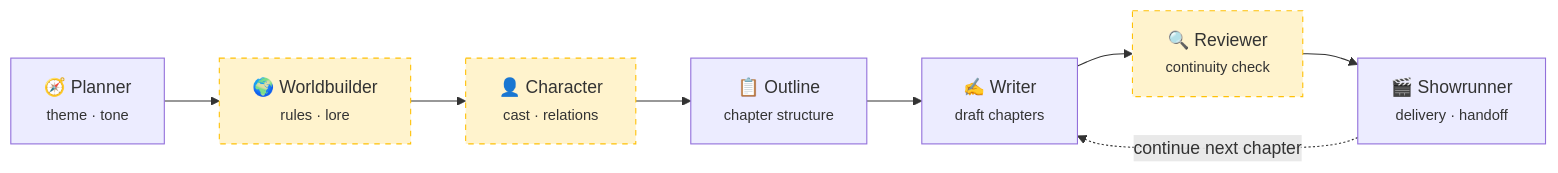
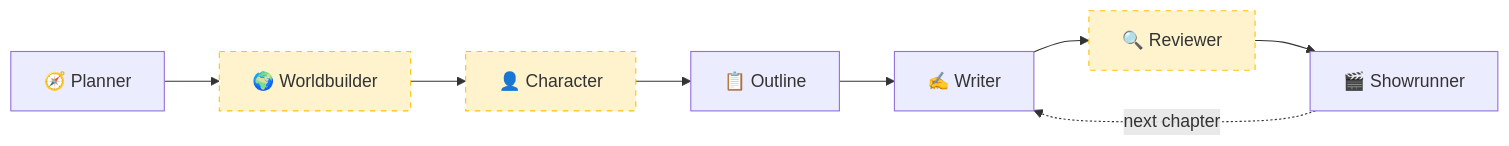
The diagram in README_EN.md (wwxxzz666/Mo-Shen), drawn with Mermaid before and after one commit. The commit also changed other lines of this file and 2 other files, not shown here.

````diff
--- a/README_EN.md
+++ b/README_EN.md
@@ -70,13 +103,13 @@
 ```mermaid
 flowchart LR
-    P["🧭 Planner<br/><small>theme · tone</small>"] --> W["🌍 Worldbuilder<br/><small>rules · lore</small>"]
-    W --> C["👤 Character<br/><small>cast · relations</small>"]
-    C --> O["📋 Outline<br/><small>chapter structure</small>"]
-    O --> CW["✍️ Writer<br/><small>draft chapters</small>"]
-    CW --> R["🔍 Reviewer<br/><small>continuity check</small>"]
-    R --> S["🎬 Showrunner<br/><small>delivery · handoff</small>"]
-    S -. continue next chapter .-> CW
+    P["🧭 Planner"] --> W["🌍 Worldbuilder"]
+    W --> C["👤 Character"]
+    C --> O["📋 Outline"]
+    O --> CW["✍️ Writer"]
+    CW --> R["🔍 Reviewer"]
+    R --> S["🎬 Showrunner"]
+    S -. next chapter .-> CW
 
     classDef optional fill:#fff3cd,stroke:#ffc107,stroke-dasharray: 5 5;
     class W,C,R optional;
 ```
````
